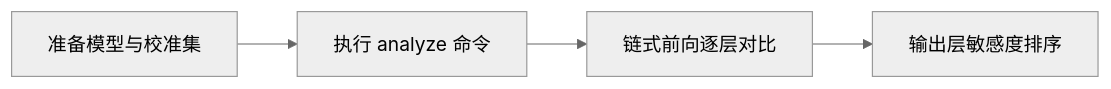
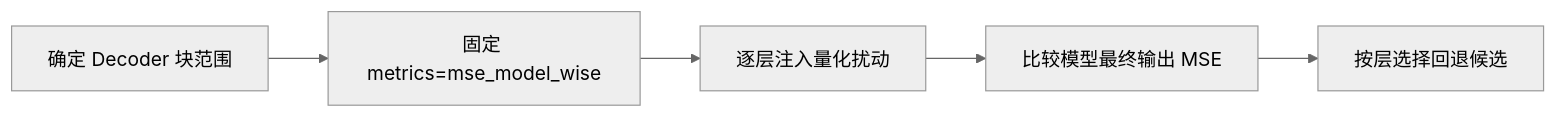
The diagram in msmodelslim/docs/zh/knowledge_base/quantization_algorithms/mse_model_wise/usage_mse_model_wise.md (mindstudio-docs/master), drawn with Mermaid (neutral theme) before and after one commit. The commit also changed other lines of this file and 73 other files, not shown here.

````diff
--- a/msmodelslim/docs/zh/knowledge_base/quantization_algorithms/mse_model_wise/usage_mse_model_wise.md
+++ b/msmodelslim/docs/zh/knowledge_base/quantization_algorithms/mse_model_wise/usage_mse_model_wise.md
@@ -42,6 +23,7 @@
 ```mermaid
 flowchart LR
-    A[准备模型与校准集] --> B[执行 analyze 命令]
-    B --> C[链式前向逐层对比]
-    C --> D[输出层敏感度排序]
+    A[确定 Decoder 块范围] --> B[固定 metrics=mse_model_wise]
+    B[固定 metrics=mse_model_wise] --> C[逐层注入量化扰动]
+    C[逐层注入量化扰动] --> D[比较模型最终输出 MSE]
+    D[比较模型最终输出 MSE] --> E[按层选择回退候选]
 ```
````
